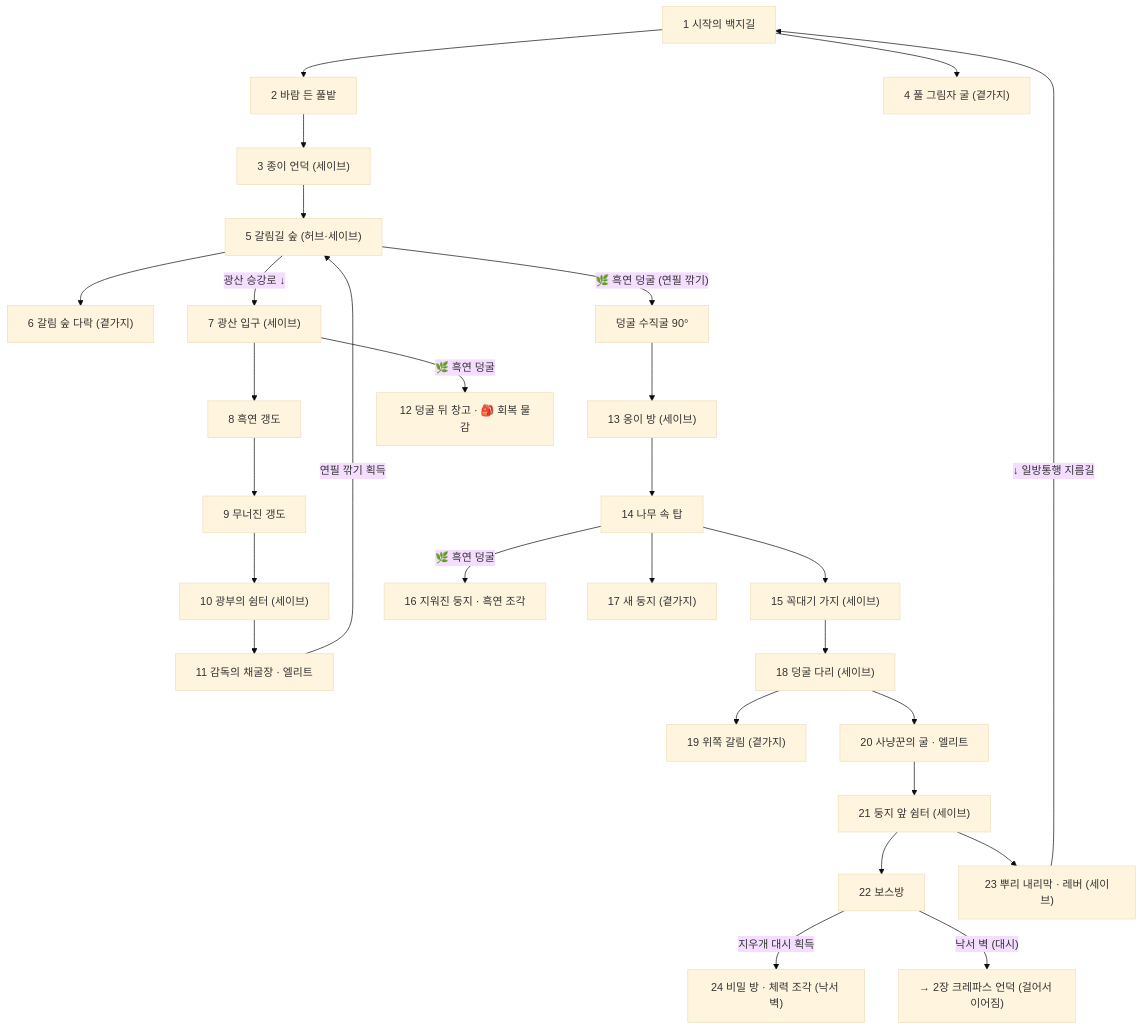
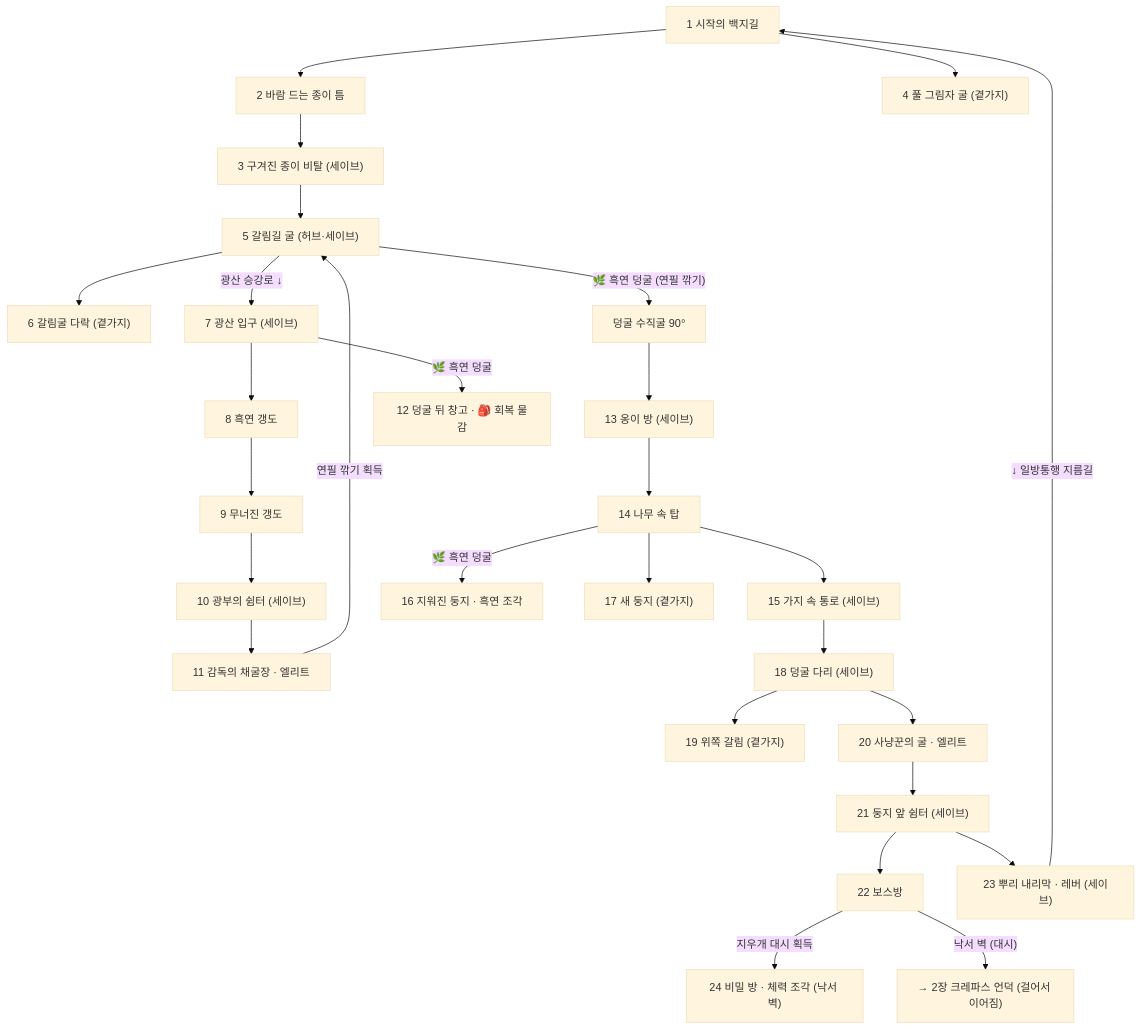
Before and after one commit to lde0707/Unfinished-Sketchbook: the diagram in Docs/04_1지역_연필숲_맵.md, drawn with Mermaid (base theme). The commit also changed other lines of this file and 31 other files, not shown here.

````diff
--- a/Docs/04_1지역_연필숲_맵.md
+++ b/Docs/04_1지역_연필숲_맵.md
@@ -41,17 +41,17 @@
 ```mermaid
 flowchart TD
-  S["1 시작의 백지길"] --> F["2 바람 든 풀밭"] --> H["3 종이 언덕 (세이브)"] --> HUB["5 갈림길 숲 (허브·세이브)"]
+  S["1 시작의 백지길"] --> F["2 바람 드는 종이 틈"] --> H["3 구겨진 종이 비탈 (세이브)"] --> HUB["5 갈림길 굴 (허브·세이브)"]
   S --> G4["4 풀 그림자 굴 (곁가지)"]
-  HUB --> LOFT["6 갈림 숲 다락 (곁가지)"]
+  HUB --> LOFT["6 갈림굴 다락 (곁가지)"]
   HUB -->|"광산 승강로 ↓"| M7["7 광산 입구 (세이브)"] --> M8["8 흑연 갱도"] --> M9["9 무너진 갱도"] --> M10["10 광부의 쉼터 (세이브)"] --> M11["11 감독의 채굴장 · 엘리트"]
   M11 -->|"연필 깎기 획득"| HUB
-  HUB -->|"🌿 흑연 덩굴 (연필 깎기)"| V["덩굴 수직굴 90°"] --> T13["13 옹이 방 (세이브)"] --> T14["14 나무 속 탑"] --> T15["15 꼭대기 가지 (세이브)"]
+  HUB -->|"🌿 흑연 덩굴 (연필 깎기)"| V["덩굴 수직굴 90°"] --> T13["13 옹이 방 (세이브)"] --> T14["14 나무 속 탑"] --> T15["15 가지 속 통로 (세이브)"]
   M7 -->|"🌿 흑연 덩굴"| M12["12 덩굴 뒤 창고 · 🎒 회복 물감"]
   T14 -->|"🌿 흑연 덩굴"| T16["16 지워진 둥지 · 흑연 조각"]
   T14 --> T17["17 새 둥지 (곁가지)"]
   T15 --> D18["18 덩굴 다리 (세이브)"] --> D19["19 위쪽 갈림 (곁가지)"]
   D18 --> D20["20 사냥꾼의 굴 · 엘리트"] --> D21["21 둥지 앞 쉼터 (세이브)"] --> BOSS["22 보스방"]
   D21 --> D23["23 뿌리 내리막 · 레버 (세이브)"] -->|"↓ 일방통행 지름길"| S
   BOSS -->|"지우개 대시 획득"| SEC["24 비밀 방 · 체력 조각 (낙서 벽)"]
   BOSS -->|"낙서 벽 (대시)"| EXIT["→ 2장 크레파스 언덕 (걸어서 이어짐)"]
 ```
````
